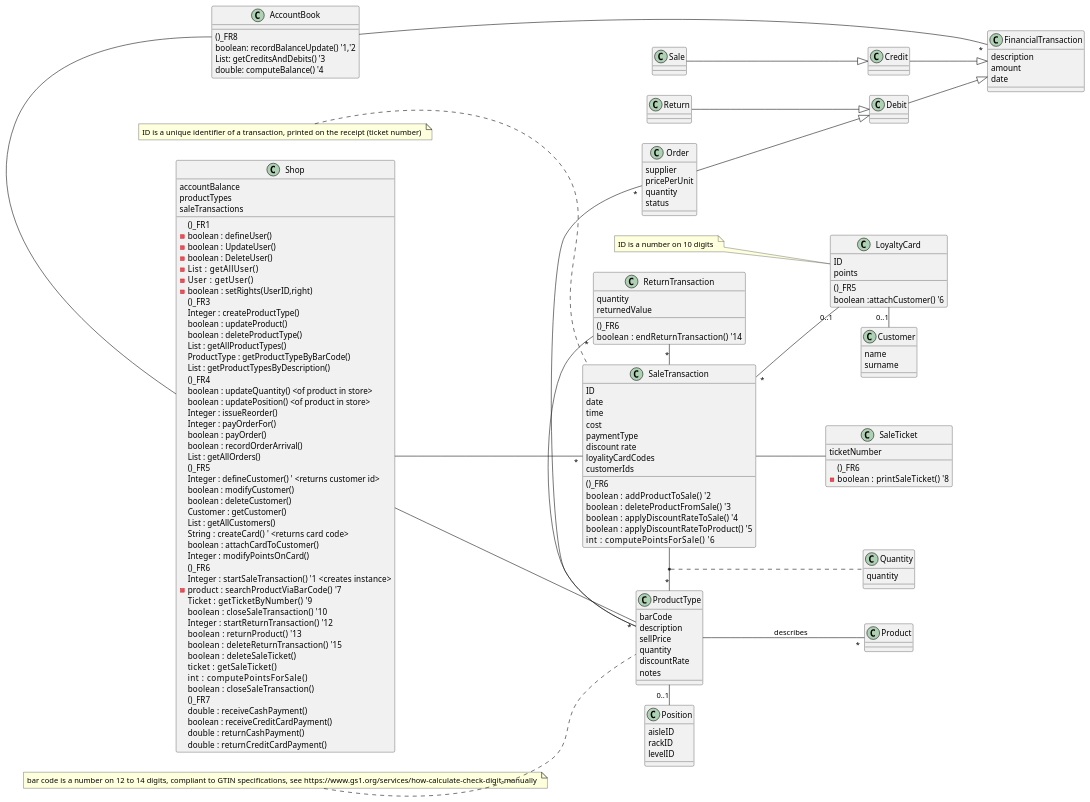
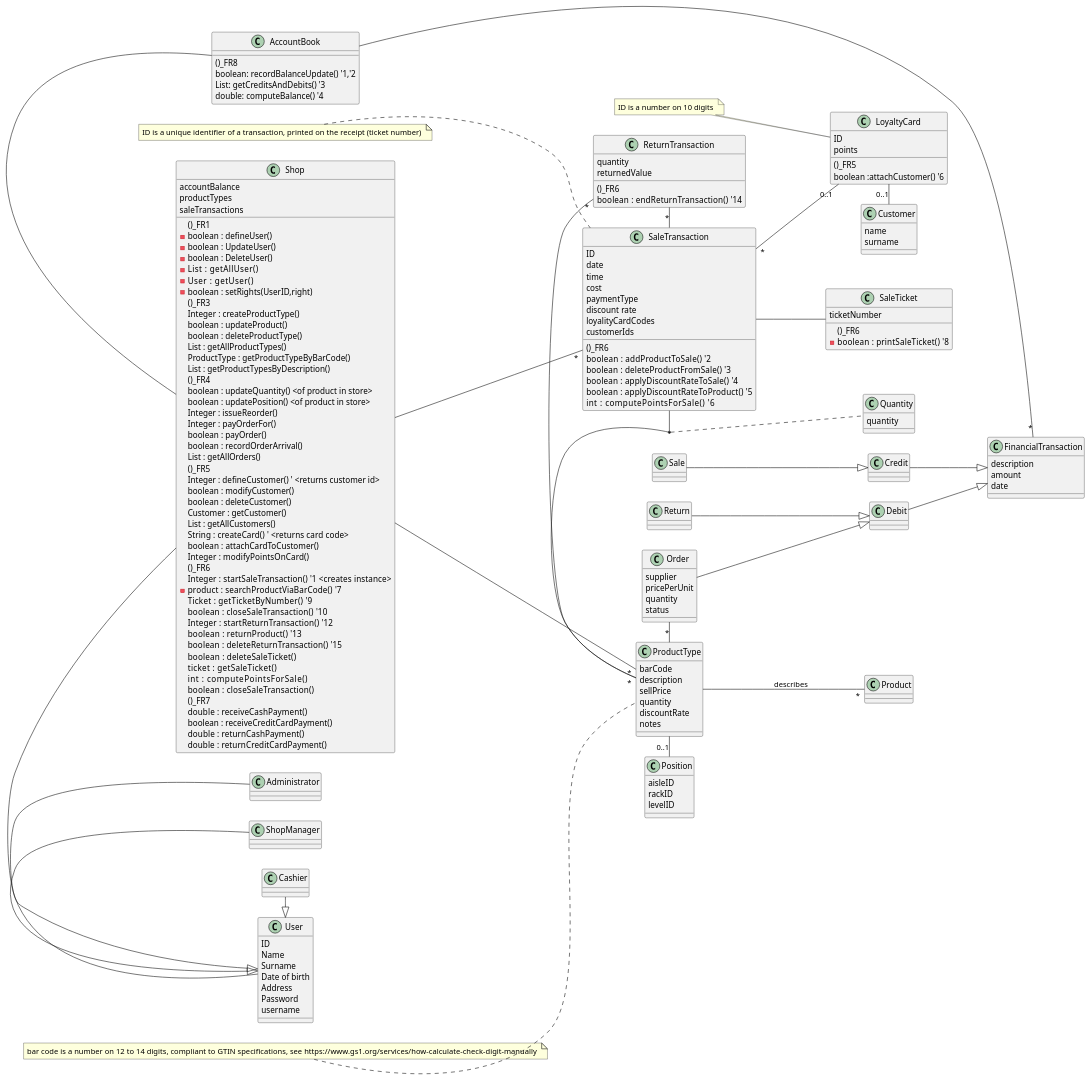
One commit to zitabou/EZShop changed the second of 3 diagrams in Deliverables/DesignDocument.md. Above: the diagram before and after it, drawn with PlantUML. The commit also changed other lines of this file, not shown here.

Commit message:
update class diagram

```diff
--- a/Deliverables/DesignDocument.md
+++ b/Deliverables/DesignDocument.md
@@ -103,6 +103,25 @@
     double  : returnCreditCardPayment()
 
 }
+class User{
+    ID
+    Name
+    Surname
+    Date of birth
+    Address
+    Password
+    username
+}
+User -l Shop
+
+class Administrator
+Administrator -|> User
+class ShopManager
+ShopManager -|> User
+class Cashier
+Cashier -|> User
+
+
 
 class AccountBook{
     ()_FR8
```
